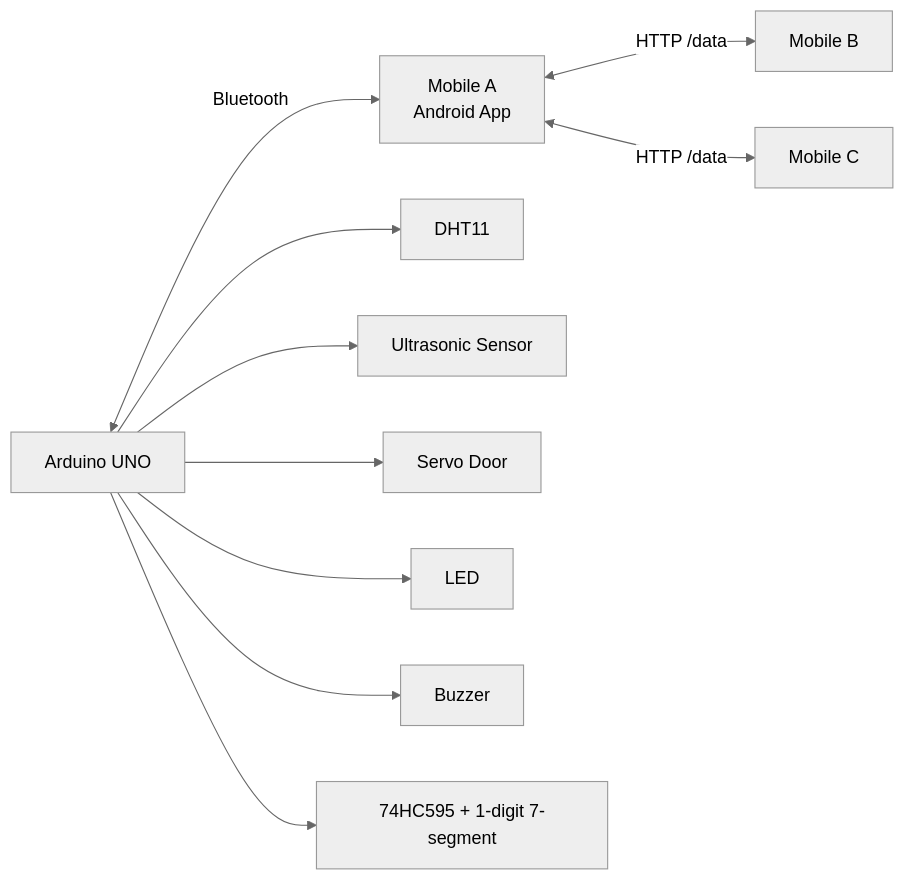
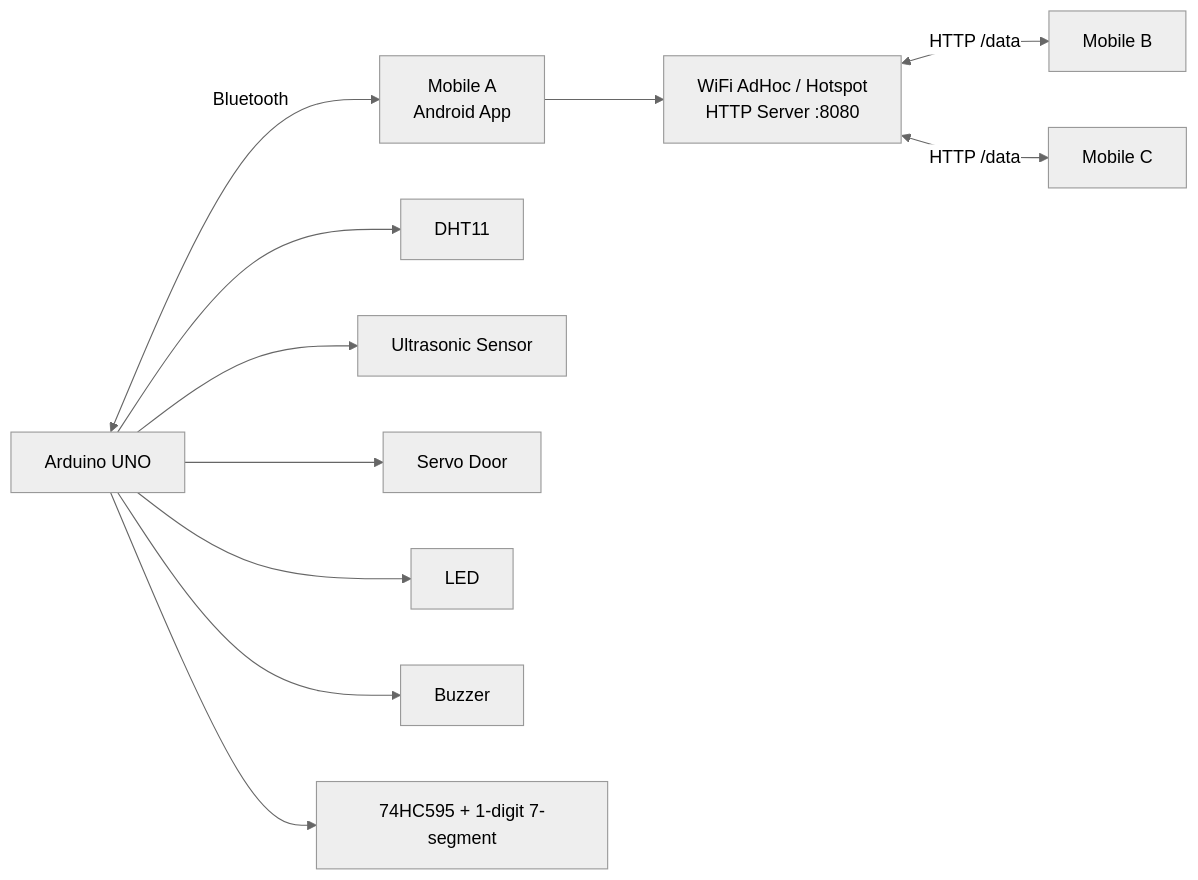
The first of 2 diagrams in README.md (GaboMendez/AdHoc_Android), drawn with Mermaid (neutral theme) before and after one commit.

Commit message:
feat: Update architecture diagram to include WiFi AdHoc and HTTP server connections

````diff
--- a/README.md
+++ b/README.md
@@ -29,12 +29,15 @@
 ```mermaid
 flowchart LR
-    A[Arduino UNO] <-- Bluetooth --> M1[Mobile A\nAndroid App]
-    M1 <-- HTTP /data --> M2[Mobile B]
-    M1 <-- HTTP /data --> M3[Mobile C]
+    A[Arduino UNO] <-- Bluetooth --> M1[Mobile A 
+    Android App]
+  M1 --> W[WiFi AdHoc / Hotspot
+  HTTP Server :8080]
+  W <-- HTTP /data --> M2[Mobile B]
+  W <-- HTTP /data --> M3[Mobile C]
     A --> S1[DHT11]
     A --> S2[Ultrasonic Sensor]
     A --> S3[Servo Door]
     A --> S4[LED]
     A --> S5[Buzzer]
     A --> S6[74HC595 + 1-digit 7-segment]
 ```
````
